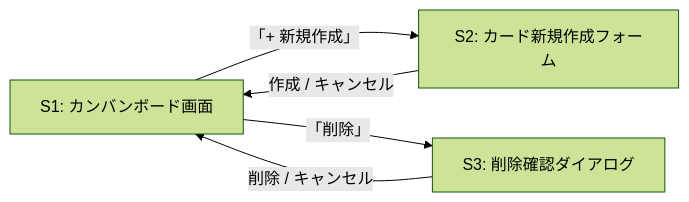
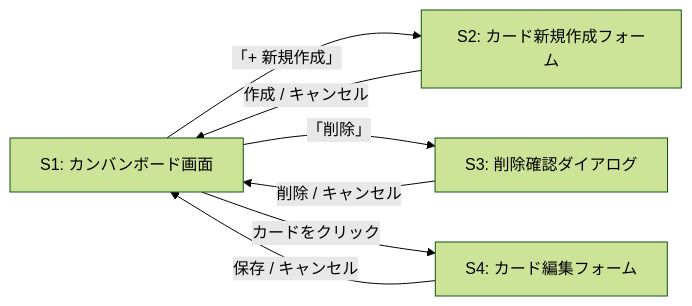
The diagram in docs/screens.md (takahiromorikawa/TaskManagement), drawn with Mermaid (forest theme) before and after one commit. The commit also changed other lines of this file and 6 other files, not shown here.

````diff
--- a/docs/screens.md
+++ b/docs/screens.md
@@ -23,11 +24,14 @@
 ```mermaid
 flowchart LR
     S1["S1: カンバンボード画面"]
     S2["S2: カード新規作成フォーム"]
     S3["S3: 削除確認ダイアログ"]
+    S4["S4: カード編集フォーム"]
 
     S1 -- "「+ 新規作成」" --> S2
     S2 -- "作成 / キャンセル" --> S1
     S1 -- "「削除」" --> S3
     S3 -- "削除 / キャンセル" --> S1
+    S1 -- "カードをクリック" --> S4
+    S4 -- "保存 / キャンセル" --> S1
 ```
````
